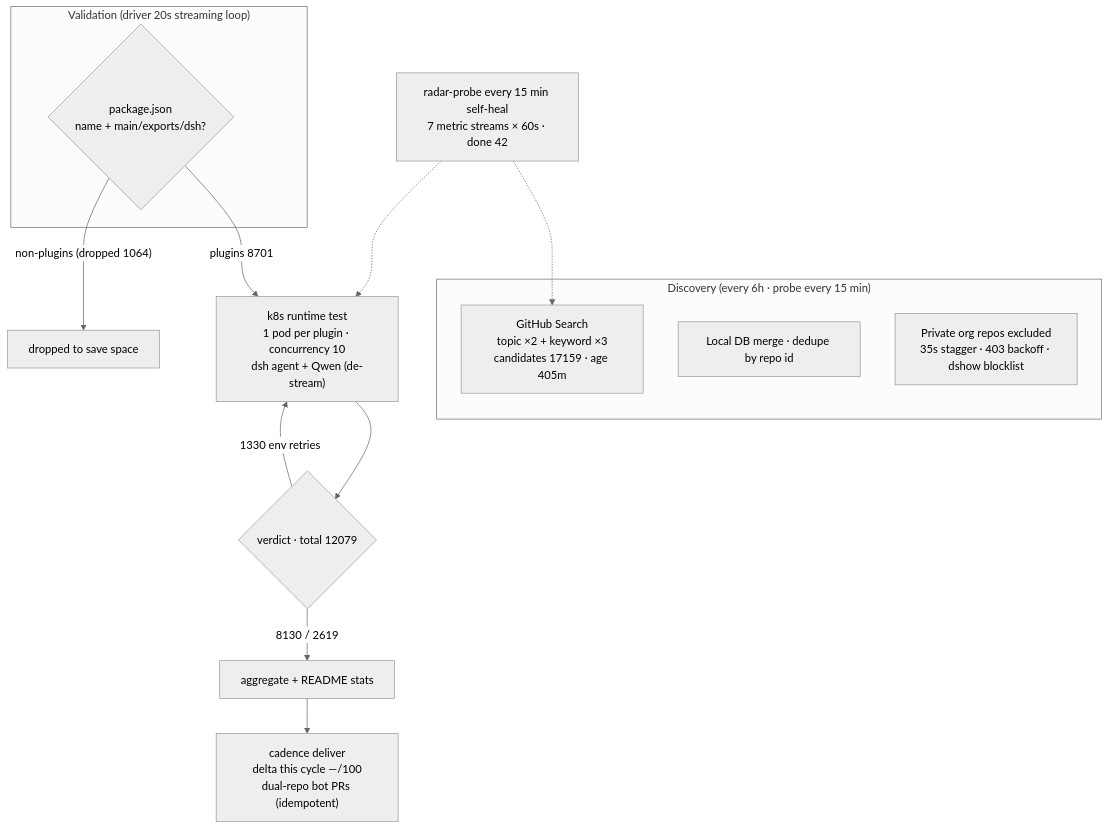
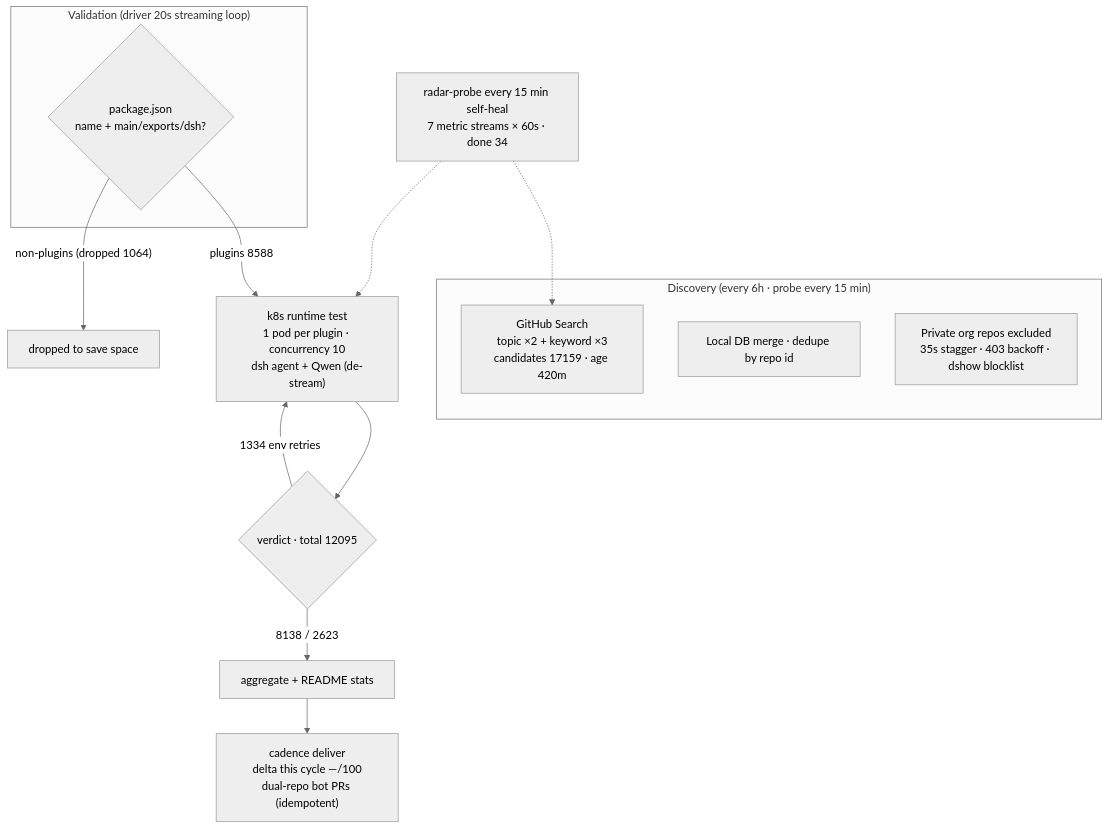
Before and after one commit to AdamPlatin123/awesome-dsh-plugins: the diagram in README.en-US.md, drawn with Mermaid (neutral theme). The commit also changed other lines of this file and 5 other files, not shown here.

````diff
--- a/README.en-US.md
+++ b/README.en-US.md
@@ -45,20 +45,20 @@
 ```mermaid
 flowchart TB
     subgraph Discovery["Discovery (every 6h · probe every 15 min)"]
-        A1["GitHub Search<br/>topic ×2 + keyword ×3<br/>candidates 17159 · age 405m"]
+        A1["GitHub Search<br/>topic ×2 + keyword ×3<br/>candidates 17159 · age 420m"]
         A2["Local DB merge · dedupe by repo id"]
         A3["Private org repos excluded<br/>35s stagger · 403 backoff · dshow blocklist"]
     end
     subgraph Validation["Validation (driver 20s streaming loop)"]
         B1{"package.json<br/>name + main/exports/dsh?"}
     end
-    B1 -->|"plugins 8701"| C1["k8s runtime test<br/>1 pod per plugin · concurrency 10<br/>dsh agent + Qwen (de-stream)"]
+    B1 -->|"plugins 8588"| C1["k8s runtime test<br/>1 pod per plugin · concurrency 10<br/>dsh agent + Qwen (de-stream)"]
     B1 -->|"non-plugins (dropped 1064)"| B3["dropped to save space"]
-    C1 --> D1{"verdict · total 12079"}
-    D1 -->|"8130 / 2619"| E1["aggregate + README stats"]
-    D1 -->|"1330 env retries"| C1
+    C1 --> D1{"verdict · total 12095"}
+    D1 -->|"8138 / 2623"| E1["aggregate + README stats"]
+    D1 -->|"1334 env retries"| C1
     E1 --> E2["cadence deliver<br/>delta this cycle —/100<br/>dual-repo bot PRs (idempotent)"]
-    M["radar-probe every 15 min self-heal<br/>7 metric streams × 60s · done 42"]
+    M["radar-probe every 15 min self-heal<br/>7 metric streams × 60s · done 34"]
     M -.-> A1
     M -.-> C1
 ```
````
